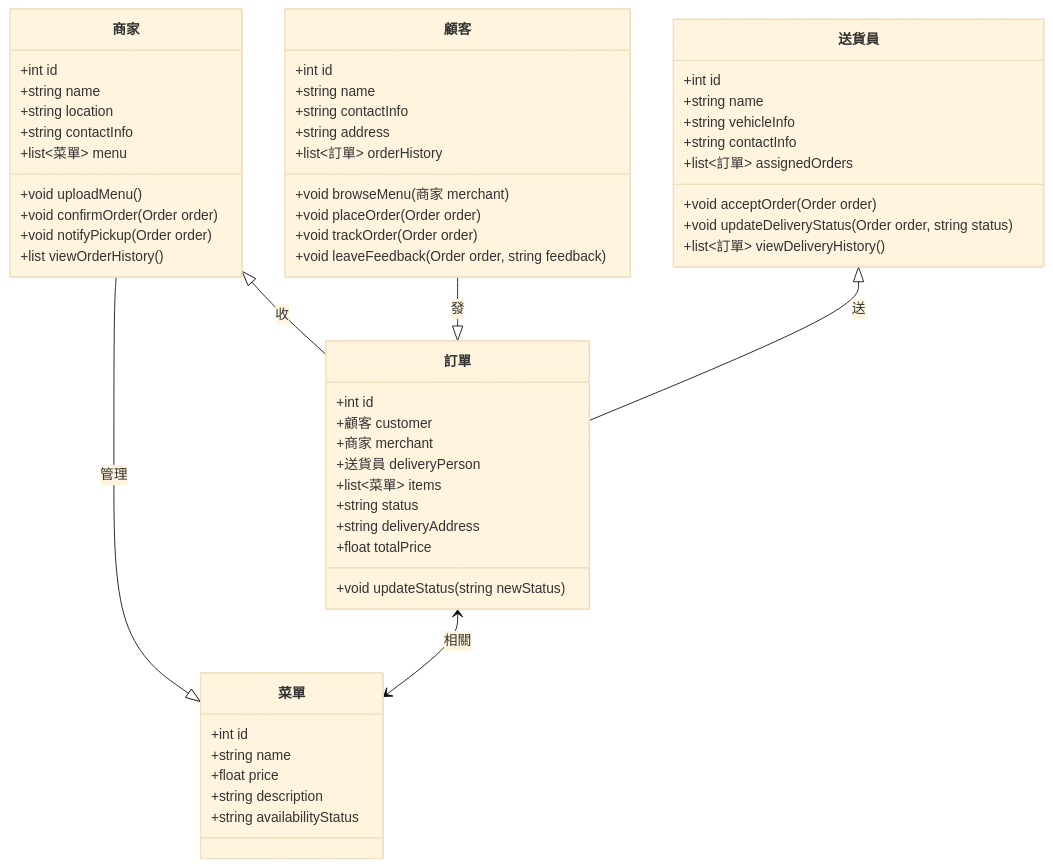
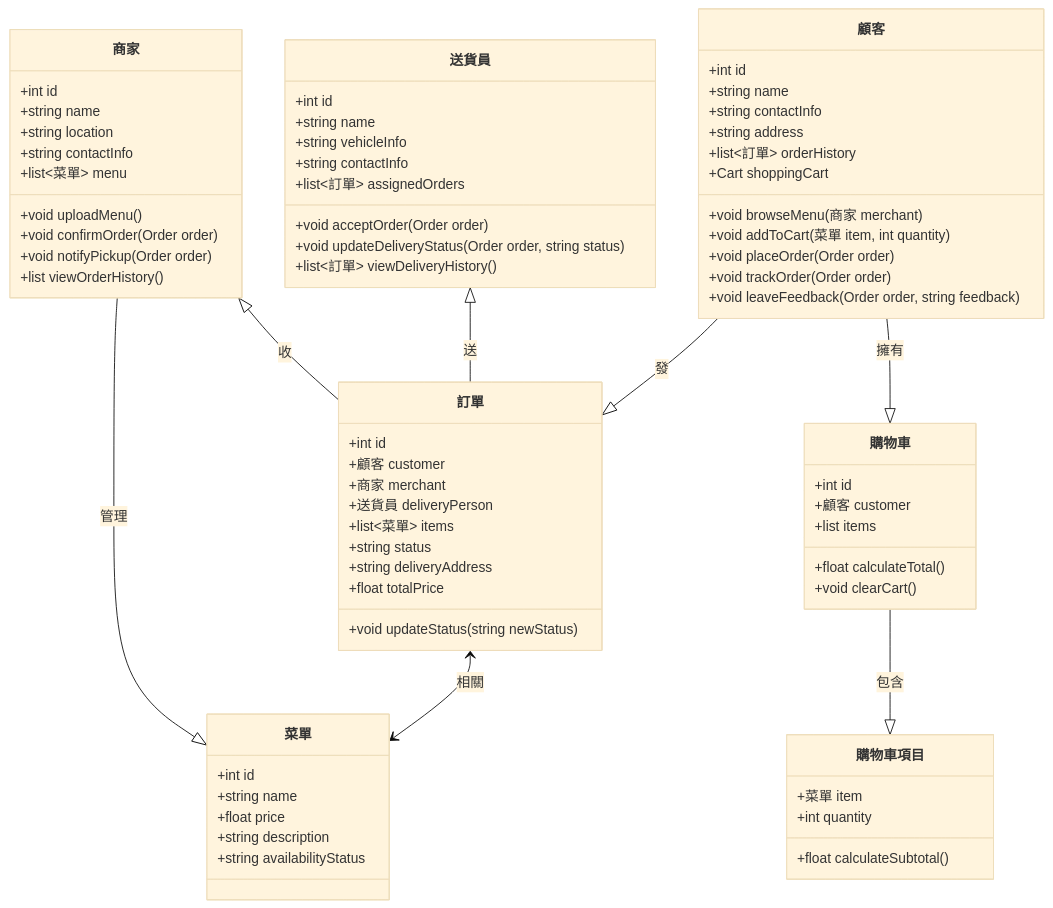
One commit to Kaiwhat/Food_Pangolin changed the first of 5 diagrams in README.md. Above: the diagram before and after it, drawn with Mermaid (base theme).

````diff
--- a/README.md
+++ b/README.md
@@ -4,64 +4,82 @@
 ```mermaid
 classDiagram
     class 商家 {
         +int id
         +string name
         +string location
         +string contactInfo
         +list<菜單> menu
         +void uploadMenu()
         +void confirmOrder(Order order)
         +void notifyPickup(Order order)
         +list<Order> viewOrderHistory()
     }
 
     class 送貨員 {
         +int id
         +string name
         +string vehicleInfo
         +string contactInfo
         +list<訂單> assignedOrders
         +void acceptOrder(Order order)
         +void updateDeliveryStatus(Order order, string status)
         +list<訂單> viewDeliveryHistory()
     }
 
     class 顧客 {
         +int id
         +string name
         +string contactInfo
         +string address
         +list<訂單> orderHistory
+        +Cart shoppingCart
         +void browseMenu(商家 merchant)
+        +void addToCart(菜單 item, int quantity)
         +void placeOrder(Order order)
         +void trackOrder(Order order)
         +void leaveFeedback(Order order, string feedback)
     }
 
     class 菜單 {
         +int id
         +string name
         +float price
         +string description
         +string availabilityStatus
     }
 
     class 訂單 {
         +int id
         +顧客 customer
         +商家 merchant
         +送貨員 deliveryPerson
         +list<菜單> items
         +string status
         +string deliveryAddress
         +float totalPrice
         +void updateStatus(string newStatus)
     }
 
+    class 購物車 {
+        +int id
+        +顧客 customer
+        +list<CartItem> items
+        +float calculateTotal()
+        +void clearCart()
+    }
+
+    class 購物車項目 {
+        +菜單 item
+        +int quantity
+        +float calculateSubtotal()
+    }
+
     商家 --|> 菜單 : 管理
     商家 <|-- 訂單 : 收
     顧客 --|> 訂單 : 發
+    顧客 --|> 購物車 : 擁有
+    購物車 --|> 購物車項目 : 包含
     送貨員 <|-- 訂單 : 送
     訂單 <--> 菜單 : 相關
 
 ```
````
